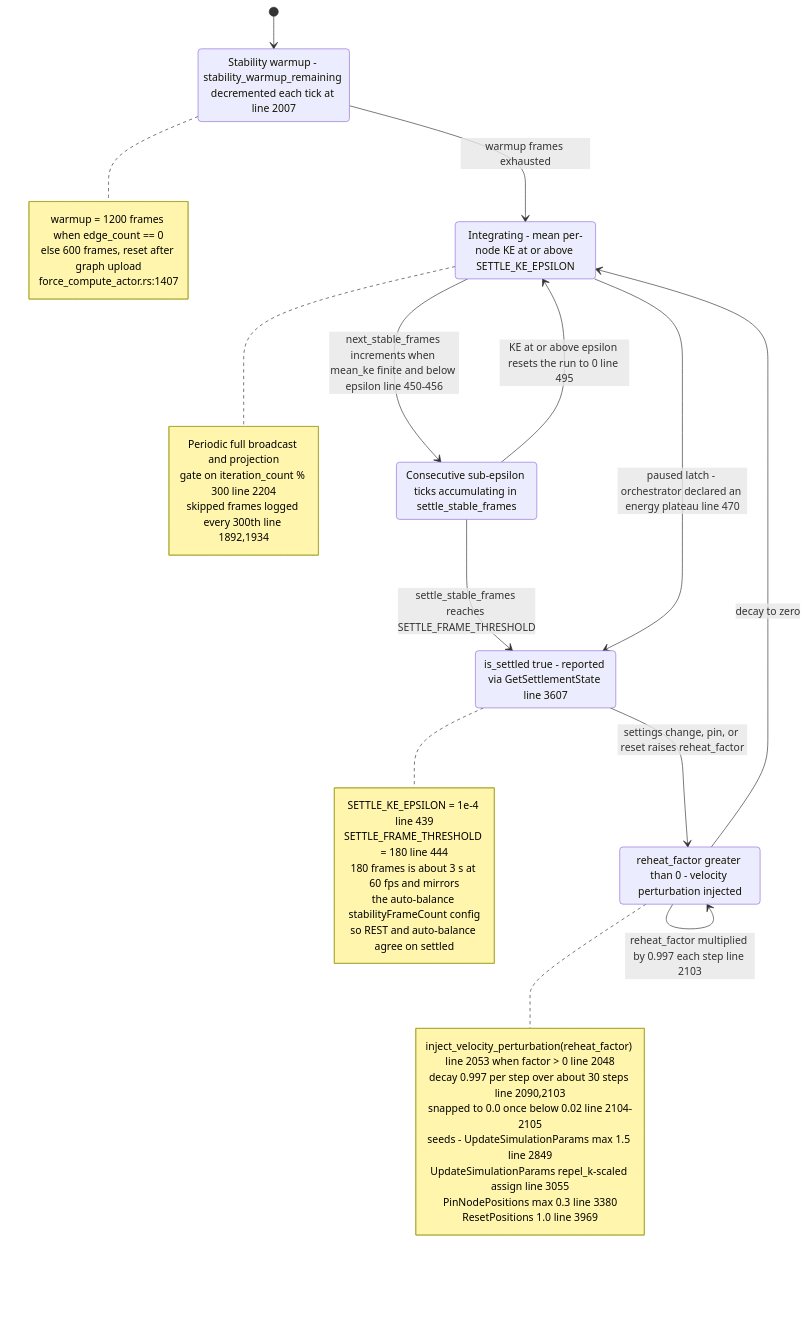
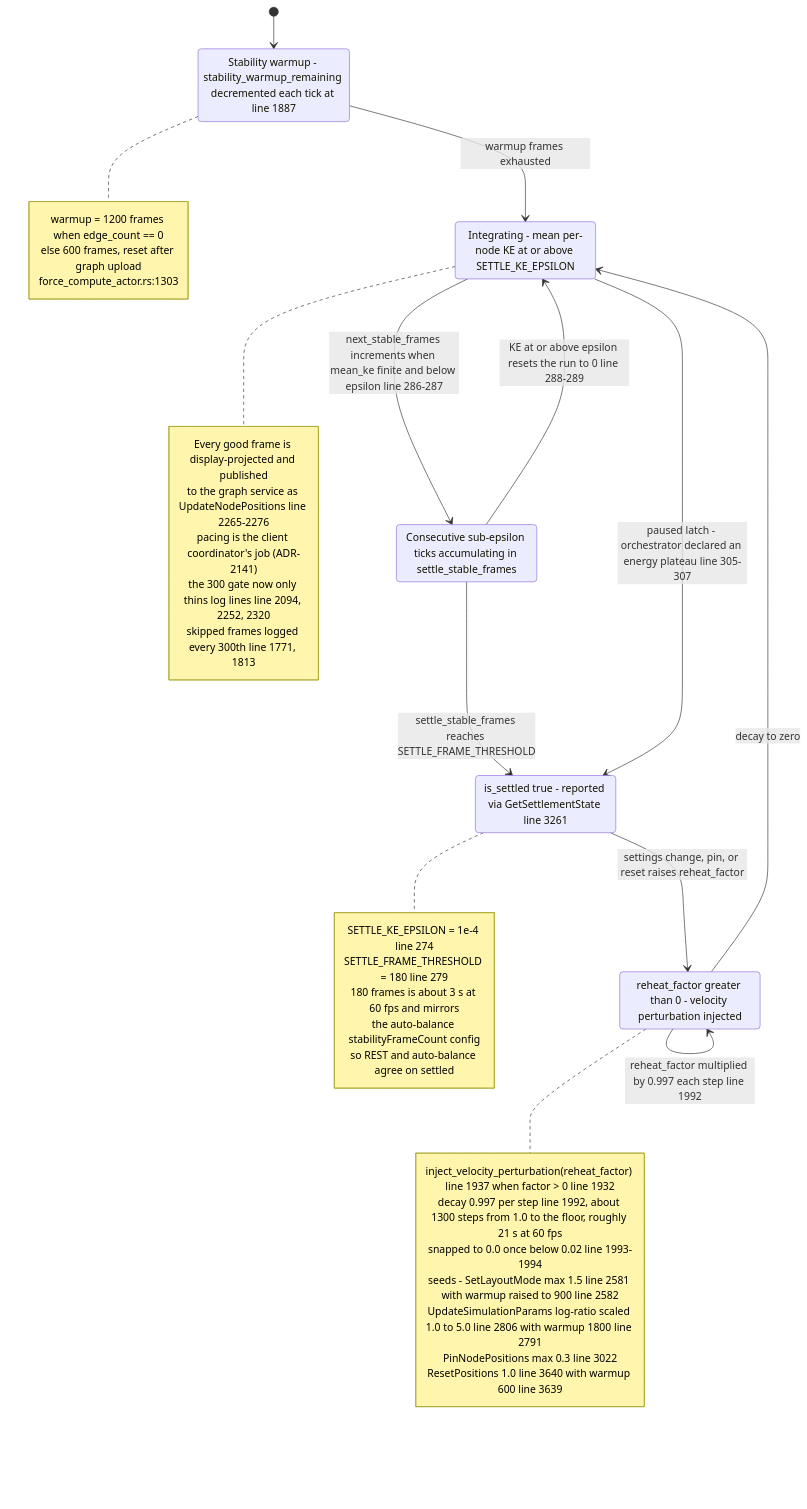
Before and after one commit to DreamLab-AI/VisionFlow: the seventh of 8 diagrams in docs/diagrams/visionclaw/11-physics-step-and-force-channels.md, drawn with Mermaid. The commit also changed other lines of this file and 160 other files, not shown here.

````diff
--- a/docs/diagrams/visionclaw/11-physics-step-and-force-channels.md
+++ b/docs/diagrams/visionclaw/11-physics-step-and-force-channels.md
@@ -247,45 +264,47 @@
 ```mermaid
 stateDiagram-v2
     [*] --> Warmup
-    Warmup: Stability warmup - stability_warmup_remaining decremented each tick at line 2007
+    Warmup: Stability warmup - stability_warmup_remaining decremented each tick at line 1887
     Active: Integrating - mean per-node KE at or above SETTLE_KE_EPSILON
     Settling: Consecutive sub-epsilon ticks accumulating in settle_stable_frames
-    Settled: is_settled true - reported via GetSettlementState line 3607
+    Settled: is_settled true - reported via GetSettlementState line 3261
     Reheated: reheat_factor greater than 0 - velocity perturbation injected
 
     Warmup --> Active: warmup frames exhausted
-    Active --> Settling: next_stable_frames increments when mean_ke finite and below epsilon line 450-456
-    Settling --> Active: KE at or above epsilon resets the run to 0 line 495
+    Active --> Settling: next_stable_frames increments when mean_ke finite and below epsilon line 286-287
+    Settling --> Active: KE at or above epsilon resets the run to 0 line 288-289
     Settling --> Settled: settle_stable_frames reaches SETTLE_FRAME_THRESHOLD
-    Active --> Settled: paused latch - orchestrator declared an energy plateau line 470
+    Active --> Settled: paused latch - orchestrator declared an energy plateau line 305-307
     Settled --> Reheated: settings change, pin, or reset raises reheat_factor
     Reheated --> Active: decay to zero
-    Reheated --> Reheated: reheat_factor multiplied by 0.997 each step line 2103
+    Reheated --> Reheated: reheat_factor multiplied by 0.997 each step line 1992
 
     note right of Warmup
         warmup = 1200 frames when edge_count == 0
         else 600 frames, reset after graph upload
-        force_compute_actor.rs:1407
+        force_compute_actor.rs:1303
     end note
     note right of Settled
-        SETTLE_KE_EPSILON = 1e-4 line 439
-        SETTLE_FRAME_THRESHOLD = 180 line 444
+        SETTLE_KE_EPSILON = 1e-4 line 274
+        SETTLE_FRAME_THRESHOLD = 180 line 279
         180 frames is about 3 s at 60 fps and mirrors
         the auto-balance stabilityFrameCount config
         so REST and auto-balance agree on settled
     end note
     note right of Reheated
-        inject_velocity_perturbation(reheat_factor) line 2053 when factor > 0 line 2048
-        decay 0.997 per step over about 30 steps line 2090,2103
-        snapped to 0.0 once below 0.02 line 2104-2105
-        seeds - UpdateSimulationParams max 1.5 line 2849
-        UpdateSimulationParams repel_k-scaled assign line 3055
-        PinNodePositions max 0.3 line 3380
-        ResetPositions 1.0 line 3969
+        inject_velocity_perturbation(reheat_factor) line 1937 when factor > 0 line 1932
+        decay 0.997 per step line 1992, about 1300 steps from 1.0 to the floor, roughly 21 s at 60 fps
+        snapped to 0.0 once below 0.02 line 1993-1994
+        seeds - SetLayoutMode max 1.5 line 2581 with warmup raised to 900 line 2582
+        UpdateSimulationParams log-ratio scaled 1.0 to 5.0 line 2806 with warmup 1800 line 2791
+        PinNodePositions max 0.3 line 3022
+        ResetPositions 1.0 line 3640 with warmup 600 line 3639
     end note
     note right of Active
-        Periodic full broadcast and projection
-        gate on iteration_count % 300 line 2204
-        skipped frames logged every 300th line 1892,1934
+        Every good frame is display-projected and published
+        to the graph service as UpdateNodePositions line 2265-2276
+        pacing is the client coordinator's job (ADR-2141)
+        the 300 gate now only thins log lines line 2094, 2252, 2320
+        skipped frames logged every 300th line 1771, 1813
     end note
 ```
````
